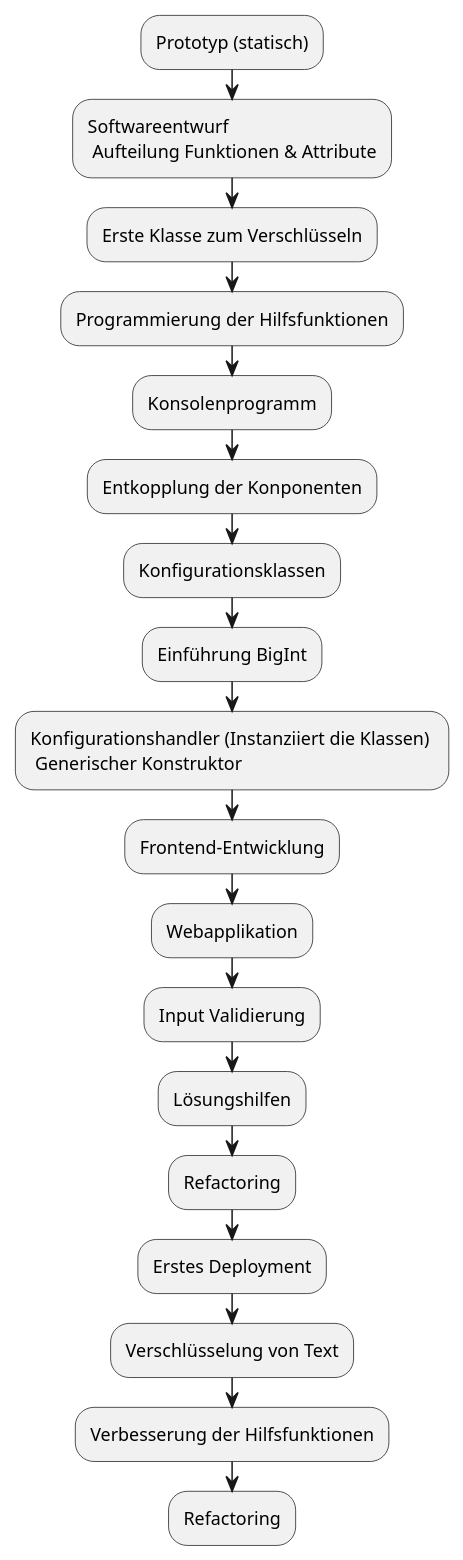
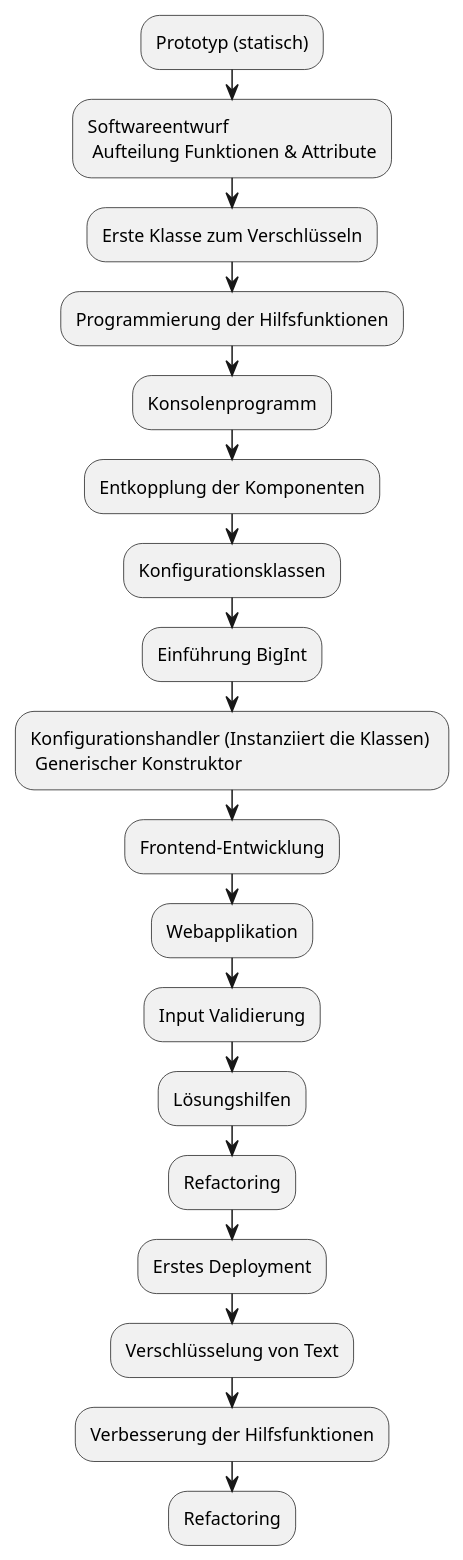
One commit to EdLaser/aladin-projektbericht changed the diagram in rsa/puml/timeline.puml. Above: the diagram before and after it, drawn with PlantUML. The commit also changed 2 other files, not shown here.

```diff
--- a/rsa/puml/timeline.puml
+++ b/rsa/puml/timeline.puml
@@ -1,20 +1,20 @@
 @startuml
 :Prototyp (statisch);
 :Softwareentwurf\n Aufteilung Funktionen & Attribute;
 :Erste Klasse zum Verschlüsseln;
 :Programmierung der Hilfsfunktionen;
 :Konsolenprogramm;
-:Entkopplung der Konponenten;
+:Entkopplung der Komponenten;
 :Konfigurationsklassen;
 :Einführung BigInt;
 :Konfigurationshandler (Instanziiert die Klassen) \n Generischer Konstruktor;
 :Frontend-Entwicklung;
 :Webapplikation;
 :Input Validierung;
 :Lösungshilfen;
 :Refactoring;
 :Erstes Deployment;
 :Verschlüsselung von Text;
 :Verbesserung der Hilfsfunktionen;
 :Refactoring;
 @enduml
```
